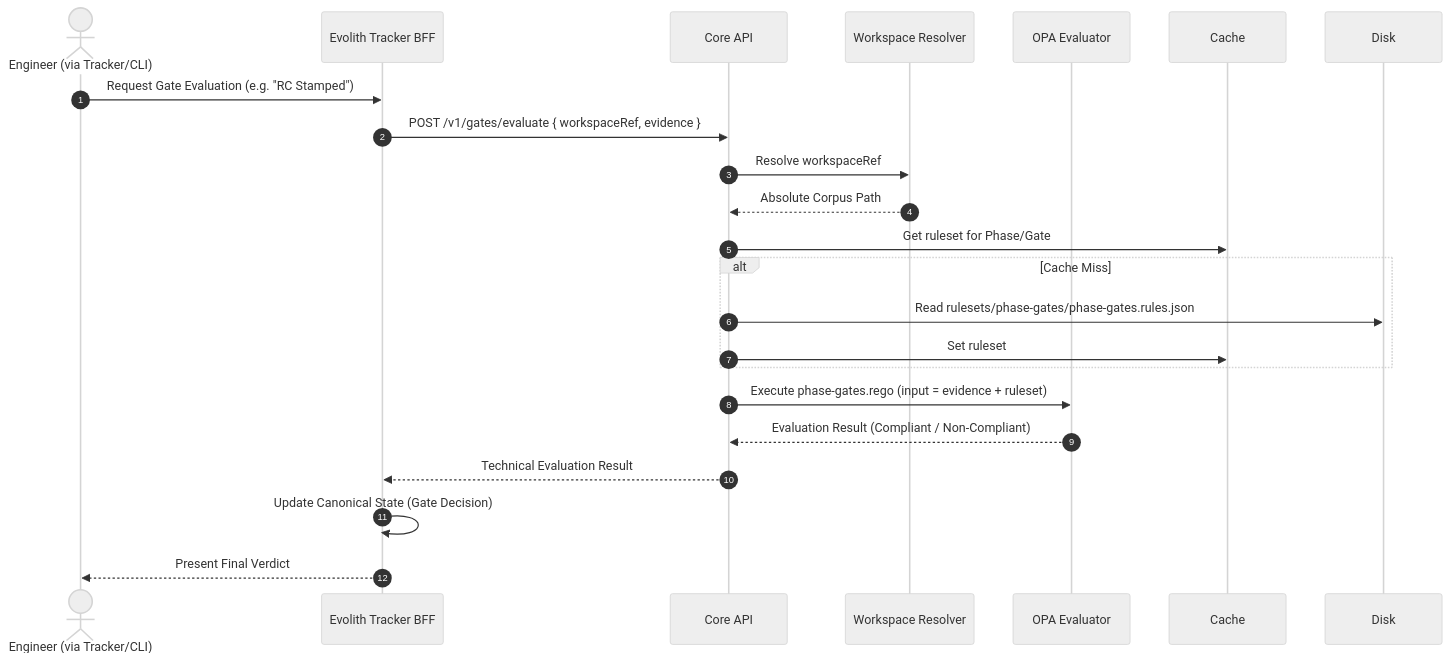
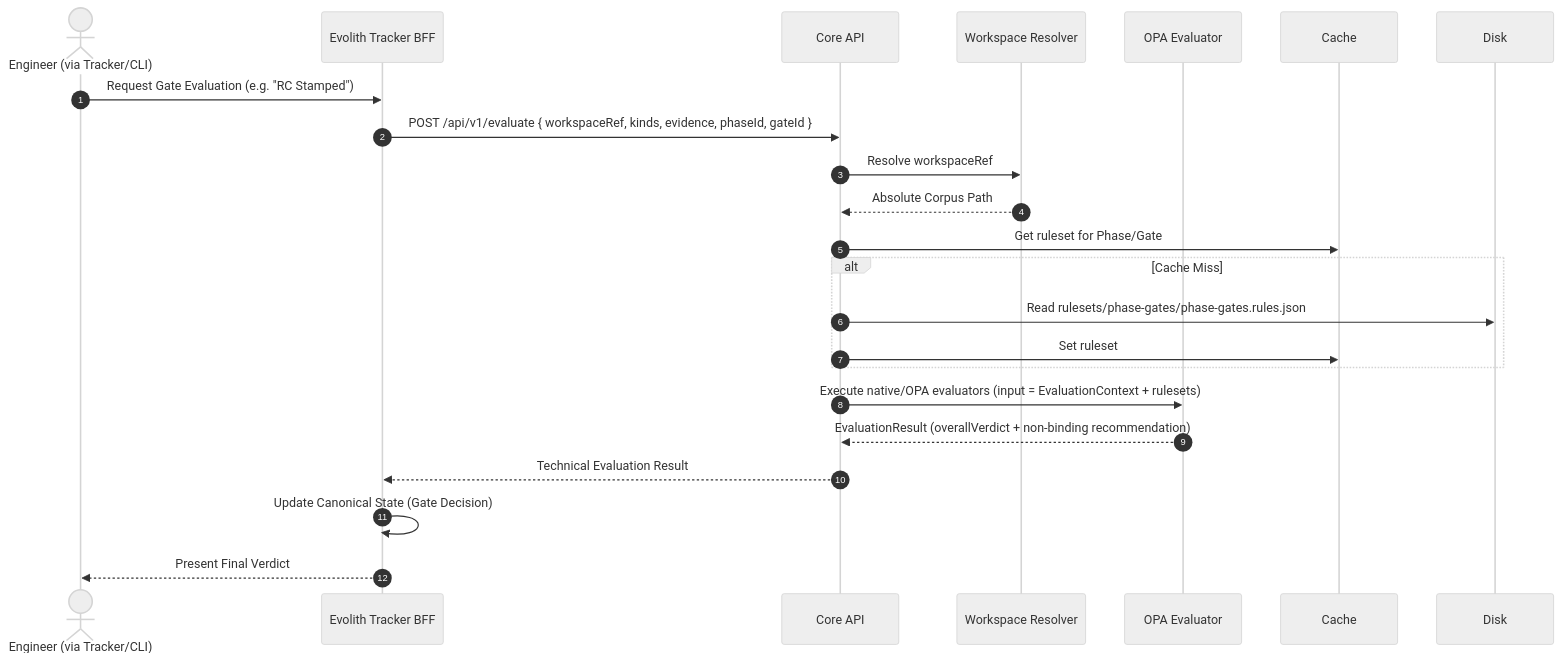
Before and after one commit to beyondnetcode/evolith_arch32: the first of 2 diagrams in reference/architecture/views/view-by-flow.md, drawn with Mermaid (neutral theme). The commit also changed other lines of this file and 41 other files, not shown here.

Commit message:
docs: align architecture reference with implementation

````diff
--- a/reference/architecture/views/view-by-flow.md
+++ b/reference/architecture/views/view-by-flow.md
@@ -16,29 +16,29 @@
 ```mermaid
 sequenceDiagram
     autonumber
     actor User as Engineer (via Tracker/CLI)
     participant Tracker as Evolith Tracker BFF
     participant CoreAPI as Core API
     participant Resolver as Workspace Resolver
     participant OPA as OPA Evaluator
     participant Redis as Cache
 
     User->>Tracker: Request Gate Evaluation (e.g. "RC Stamped")
-    Tracker->>CoreAPI: POST /v1/gates/evaluate { workspaceRef, evidence }
+    Tracker->>CoreAPI: POST /api/v1/evaluate { workspaceRef, kinds, evidence, phaseId, gateId }
     
     CoreAPI->>Resolver: Resolve workspaceRef
     Resolver-->>CoreAPI: Absolute Corpus Path
     
     CoreAPI->>Redis: Get ruleset for Phase/Gate
     alt Cache Miss
         CoreAPI->>Disk: Read rulesets/phase-gates/phase-gates.rules.json
         CoreAPI->>Redis: Set ruleset
     end
     
-    CoreAPI->>OPA: Execute phase-gates.rego (input = evidence + ruleset)
-    OPA-->>CoreAPI: Evaluation Result (Compliant / Non-Compliant)
+    CoreAPI->>OPA: Execute native/OPA evaluators (input = EvaluationContext + rulesets)
+    OPA-->>CoreAPI: EvaluationResult (overallVerdict + non-binding recommendation)
     
     CoreAPI-->>Tracker: Technical Evaluation Result
     Tracker->>Tracker: Update Canonical State (Gate Decision)
     Tracker-->>User: Present Final Verdict
 ```
````
